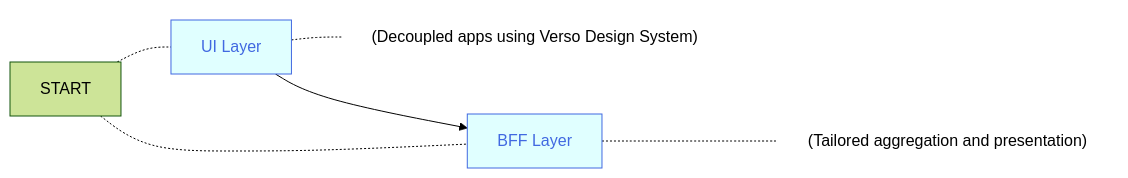
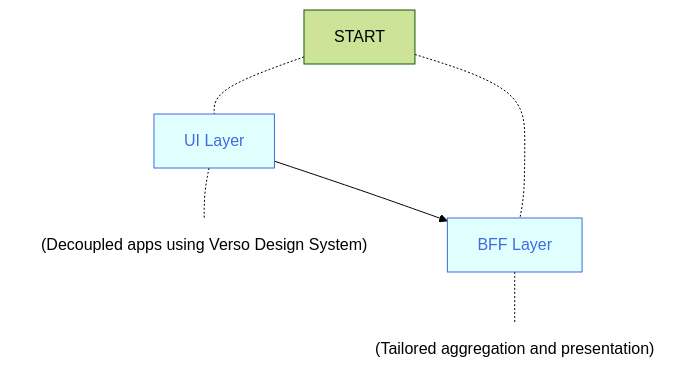
Before and after one commit to joe-dorward/samples: the first of 2 diagrams in buttons_mermaid_v4.md, drawn with Mermaid (forest theme).

````diff
--- a/buttons_mermaid_v4.md
+++ b/buttons_mermaid_v4.md
@@ -1,34 +1,34 @@
 ```mermaid
   %%{
     init: {
       "flowchart": { "markdownAutoWrap":"false", "textWrap":"false", "wrappingWidth": "100%" }
     }
   }%%
-  flowchart LR
+  flowchart TD
 
   classDef Button fill:lightcyan, stroke:royalblue, color:royalblue;
   classDef Note fill:transparent, stroke-width:0px
   %% ---------- ---------- ---------- ---------- ---------- ---------- ---------- ---------- ---------- ----------
   START[START]
 
     BUTTON_01["UI Layer"]:::Button
     click BUTTON_01 "https://en.wikipedia.org/wiki/Main_Page" _blank
     BUTTON_01_NOTE["(Decoupled apps using Verso Design System)"]:::Note
 
     BUTTON_02["BFF Layer"]:::Button
     click BUTTON_02 "https://en.wikipedia.org/wiki/Main_Page" _blank
     BUTTON_02_NOTE["(Tailored aggregation and presentation)"]:::Note
 
 
   START-.-
   BUTTON_01-.-
   BUTTON_01_NOTE
 
   START-.-
   BUTTON_02-.-
   BUTTON_02_NOTE
 
 BUTTON_01-->
 BUTTON_02
 
 ```
````
